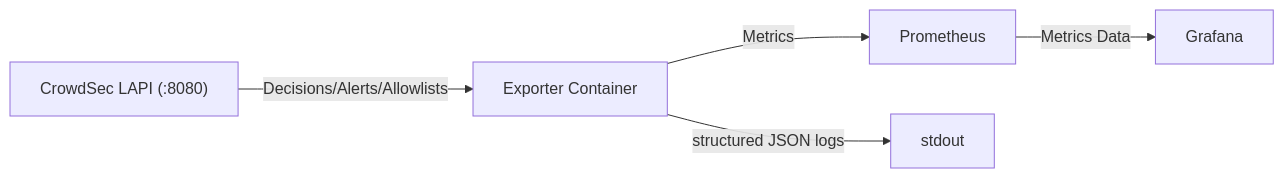
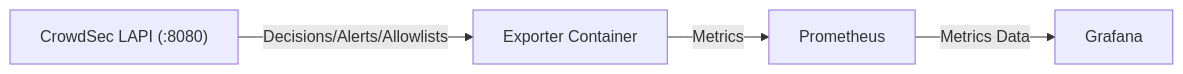
One commit to trensetim/prometheus-crowdsec-exporter changed the first of 2 diagrams in README.md. Above: the diagram before and after it, drawn with Mermaid. The commit also changed other lines of this file and 5 other files, not shown here.

````diff
--- a/README.md
+++ b/README.md
@@ -5,13 +5,11 @@
 ```mermaid
 flowchart LR
     lapi["CrowdSec LAPI (:8080)"]
     ex["Exporter Container"]
     prom["Prometheus"]
     gf["Grafana"]
-    stdout
 
     lapi -- "Decisions/Alerts/Allowlists" --> ex
     ex -- "Metrics"  --> prom
     prom -- "Metrics Data" --> gf
-    ex -- structured JSON logs --> stdout
 ```
````
